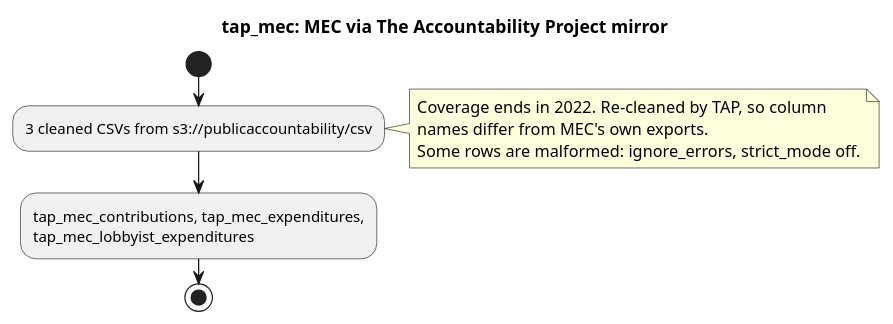
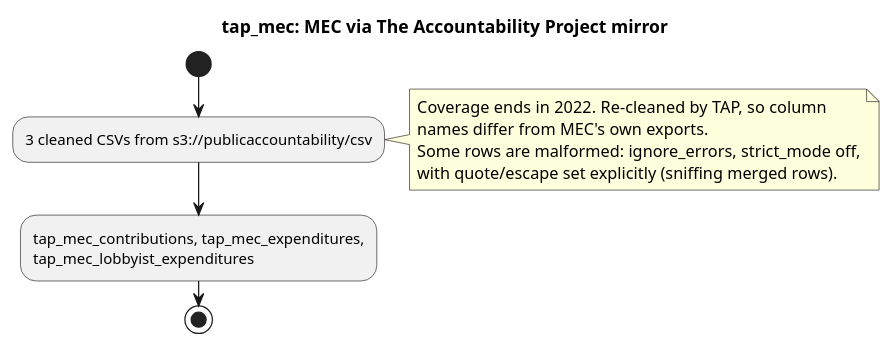
Before and after one commit to akettmann/missouri_gov_feed: the diagram in docs/diagrams/sources/tap_mec.puml, drawn with PlantUML. The commit also changed 9 other files, not shown here.

First line of the commit message:
Stop CSV loaders silently dropping rows: set quote/escape explicitly

```diff
--- a/docs/diagrams/sources/tap_mec.puml
+++ b/docs/diagrams/sources/tap_mec.puml
@@ -1,13 +1,14 @@
 @startuml tap_mec
 title tap_mec: MEC via The Accountability Project mirror
 start
 :3 cleaned CSVs from s3://publicaccountability/csv;
 note right
   Coverage ends in 2022. Re-cleaned by TAP, so column
   names differ from MEC's own exports.
-  Some rows are malformed: ignore_errors, strict_mode off.
+  Some rows are malformed: ignore_errors, strict_mode off,
+  with quote/escape set explicitly (sniffing merged rows).
 end note
 :tap_mec_contributions, tap_mec_expenditures,
 tap_mec_lobbyist_expenditures;
 stop
 @enduml
```
